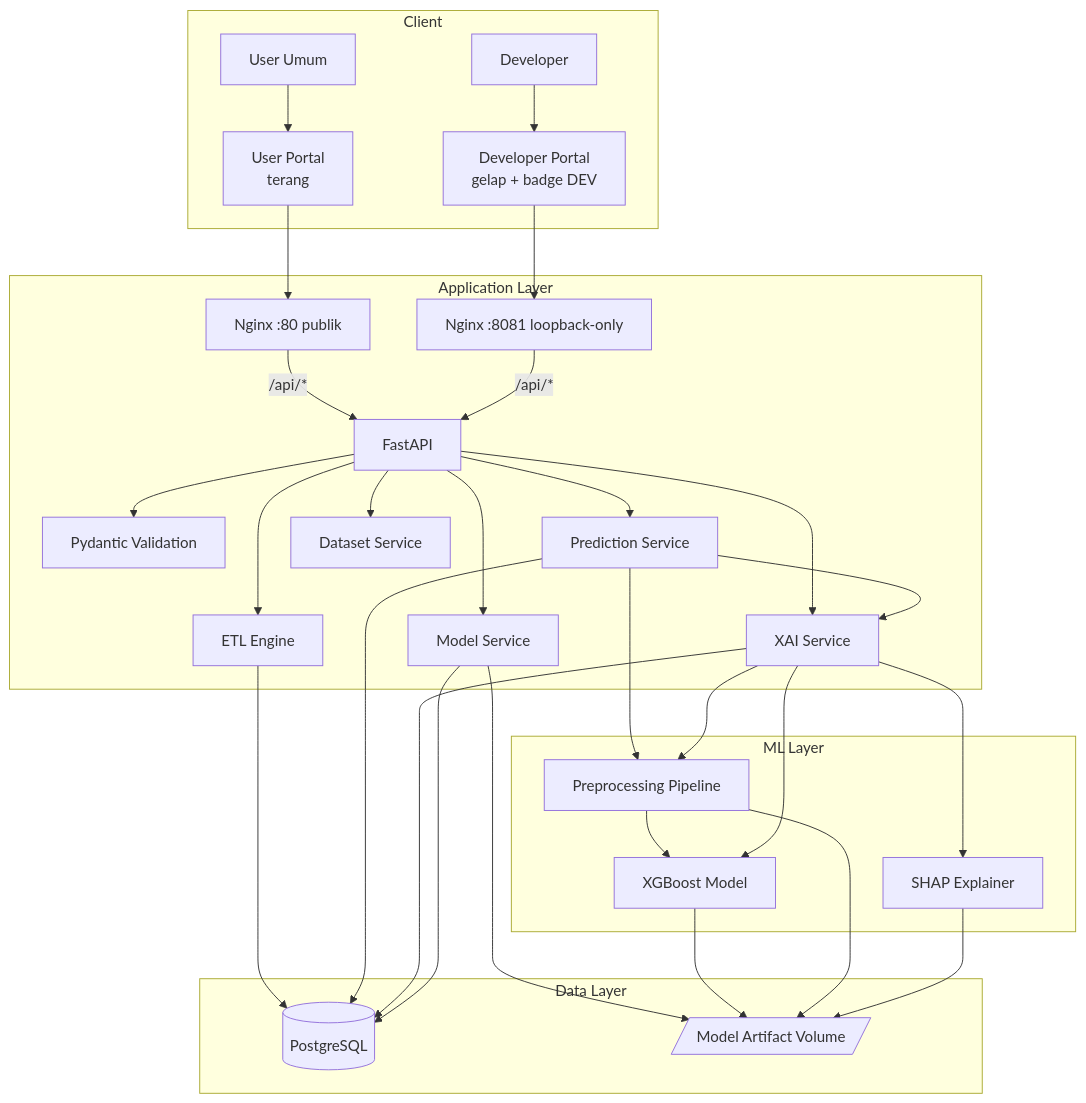
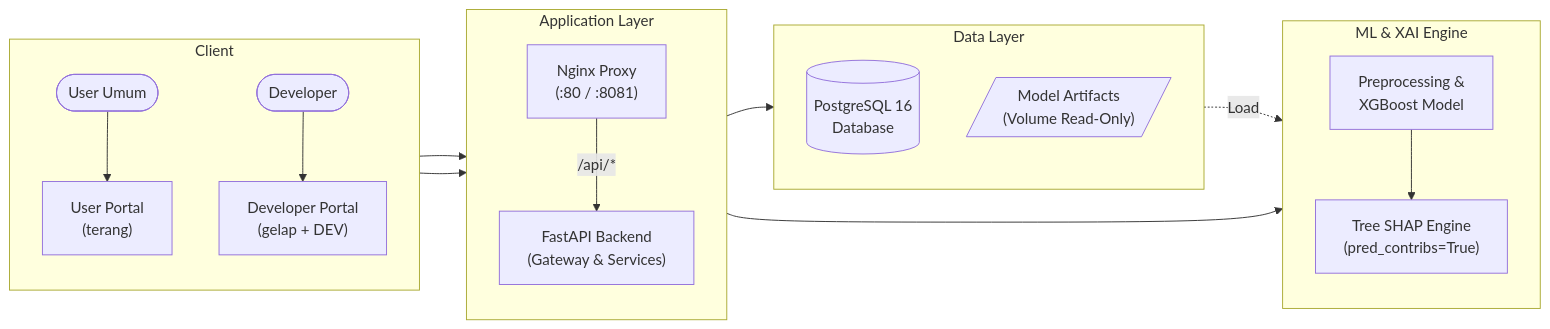
Before and after one commit to RistoKuy/XAI_Car_CP: the second of 13 diagrams in README.md, drawn with Mermaid. The commit also changed other lines of this file and 2 other files, not shown here.

First line of the commit message:
docs(bab4): simplify topology and use case diagram

````diff
--- a/README.md
+++ b/README.md
@@ -101,55 +101,36 @@
 ```mermaid
-flowchart TB
-    subgraph Client[Client]
-        U[User Umum]
-        D[Developer]
-        FE[User Portal\nterang]
-        DEV[Developer Portal\ngelap + badge DEV]
+flowchart LR
+    subgraph Client["Client"]
+        direction TB
+        U(["User Umum"]) --> FE["User Portal\n(terang)"]
+        D(["Developer"]) --> DEV["Developer Portal\n(gelap + DEV)"]
     end
-    subgraph App[Application Layer]
-        N80[Nginx :80 publik]
-        N8081[Nginx :8081 loopback-only]
-        F[FastAPI]
-        V[Pydantic Validation]
-        S[Prediction Service]
-        X[XAI Service]
-        DM[Dataset Service]
-        ETL[ETL Engine]
-        MS[Model Service]
+
+    subgraph App["Application Layer"]
+        direction TB
+        NGX["Nginx Proxy\n(:80 / :8081)"]
+        API["FastAPI Backend\n(Gateway & Services)"]
+        NGX -->|"/api/*"| API
     end
-    subgraph ML[ML Layer]
-        P[Preprocessing Pipeline]
-        M[XGBoost Model]
-        SH[SHAP Explainer]
+
+    subgraph ML["ML & XAI Engine"]
+        direction TB
+        PRE["Preprocessing &\nXGBoost Model"]
+        XAI["Tree SHAP Engine\n(pred_contribs=True)"]
+        PRE --> XAI
     end
-    subgraph Data[Data Layer]
-        PG[(PostgreSQL)]
-        FS[/Model Artifact Volume/]
+
+    subgraph Data["Data Layer"]
+        direction TB
+        DB[("PostgreSQL 16\nDatabase")]
+        ART[/"Model Artifacts\n(Volume Read-Only)"/]
     end
-    U --> FE
-    D --> DEV
-    FE --> N80
-    DEV --> N8081
-    N80 -->|/api/*| F
-    N8081 -->|/api/*| F
-    F --> V
-    F --> S
-    F --> X
-    F --> DM
-    F --> ETL
-    F --> MS
-    S --> P
-    P --> M
-    S --> X
-    X --> SH
-    X --> M
-    X --> P
-    ETL --> PG
-    S --> PG
-    X --> PG
-    MS --> PG
-    MS --> FS
-    M --> FS
-    P --> FS
-    SH --> FS
+
+    FE --> NGX
+    DEV --> NGX
+
+    API --> PRE
+    API --> DB
+
+    ART -.->|Load| PRE
 ```
````
